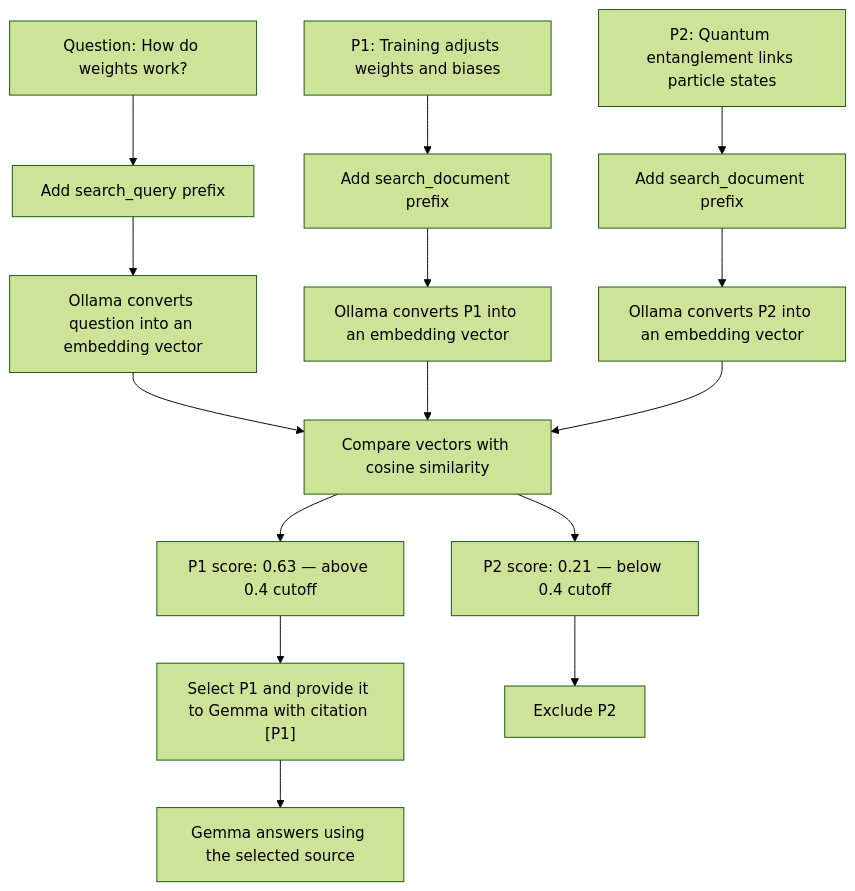
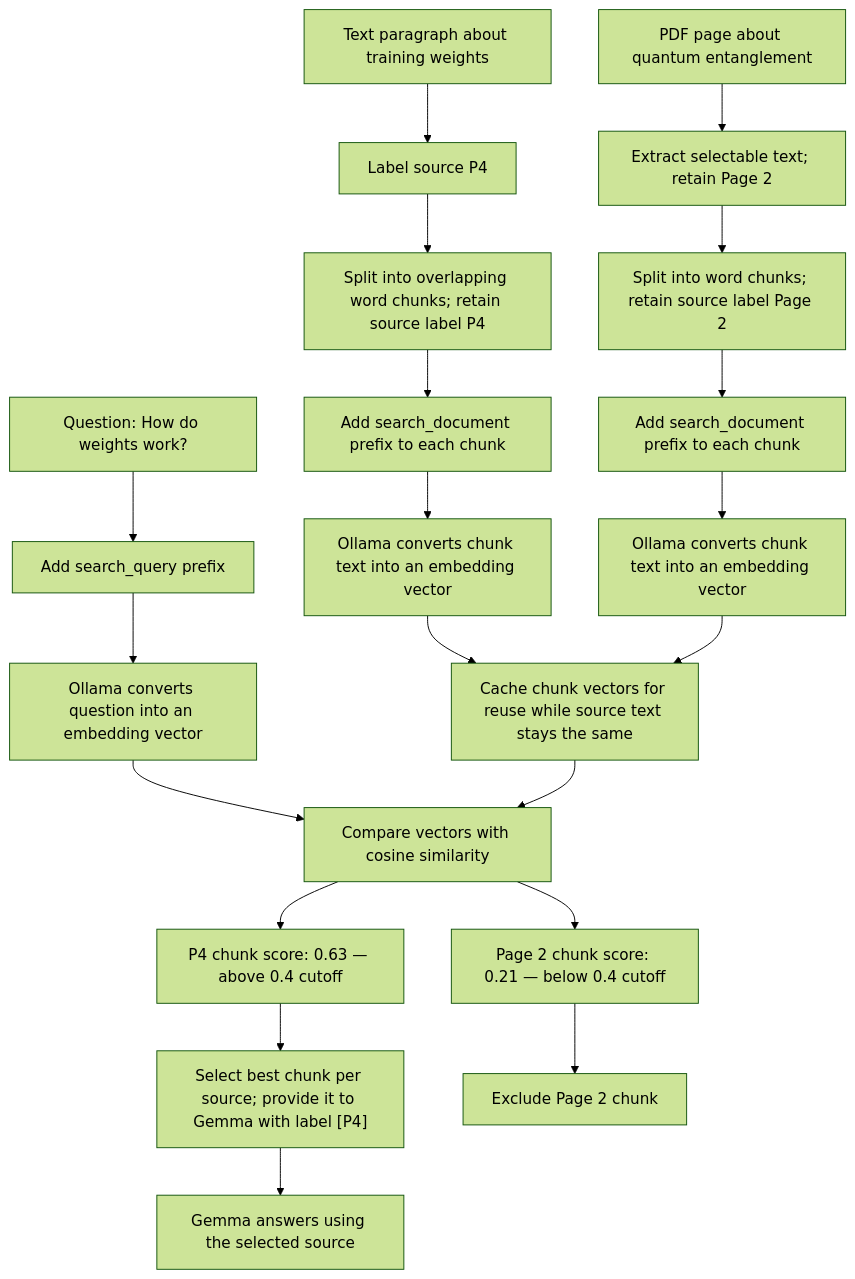
The diagram in diagrams/semantic-search.md (sandeepdass007/ai-peer), drawn with Mermaid (forest theme) before and after one commit. The commit also changed other lines of this file and 5 other files, not shown here.

````diff
--- a/diagrams/semantic-search.md
+++ b/diagrams/semantic-search.md
@@ -7,21 +7,26 @@
 ```mermaid
 flowchart TD
     Q["Question: How do weights work?"] --> QP["Add search_query prefix"]
     QP --> QE["Ollama converts question into an embedding vector"]
 
-    P1["P1: Training adjusts weights and biases"] --> P1P["Add search_document prefix"]
-    P2["P2: Quantum entanglement links particle states"] --> P2P["Add search_document prefix"]
-    P1P --> E1["Ollama converts P1 into an embedding vector"]
-    P2P --> E2["Ollama converts P2 into an embedding vector"]
+    P1["Text paragraph about training weights"] --> P1L["Label source P4"]
+    P2["PDF page about quantum entanglement"] --> P2L["Extract selectable text; retain Page 2"]
+    P1L --> CH["Split into overlapping word chunks; retain source label P4"]
+    P2L --> CH2["Split into word chunks; retain source label Page 2"]
+    CH --> P1P["Add search_document prefix to each chunk"]
+    CH2 --> P2P["Add search_document prefix to each chunk"]
+    P1P --> E1["Ollama converts chunk text into an embedding vector"]
+    P2P --> E2["Ollama converts chunk text into an embedding vector"]
+    E1 --> CACHE["Cache chunk vectors for reuse while source text stays the same"]
+    E2 --> CACHE
 
     QE --> C["Compare vectors with cosine similarity"]
-    E1 --> C
-    E2 --> C
+    CACHE --> C
 
-    C --> S1["P1 score: 0.63 — above 0.4 cutoff"]
-    C --> S2["P2 score: 0.21 — below 0.4 cutoff"]
+    C --> S1["P4 chunk score: 0.63 — above 0.4 cutoff"]
+    C --> S2["Page 2 chunk score: 0.21 — below 0.4 cutoff"]
 
-    S1 --> R["Select P1 and provide it to Gemma with citation [P1]"]
-    S2 --> X["Exclude P2"]
+    S1 --> R["Select best chunk per source; provide it to Gemma with label [P4]"]
+    S2 --> X["Exclude Page 2 chunk"]
     R --> A["Gemma answers using the selected source"]
 ```
````
